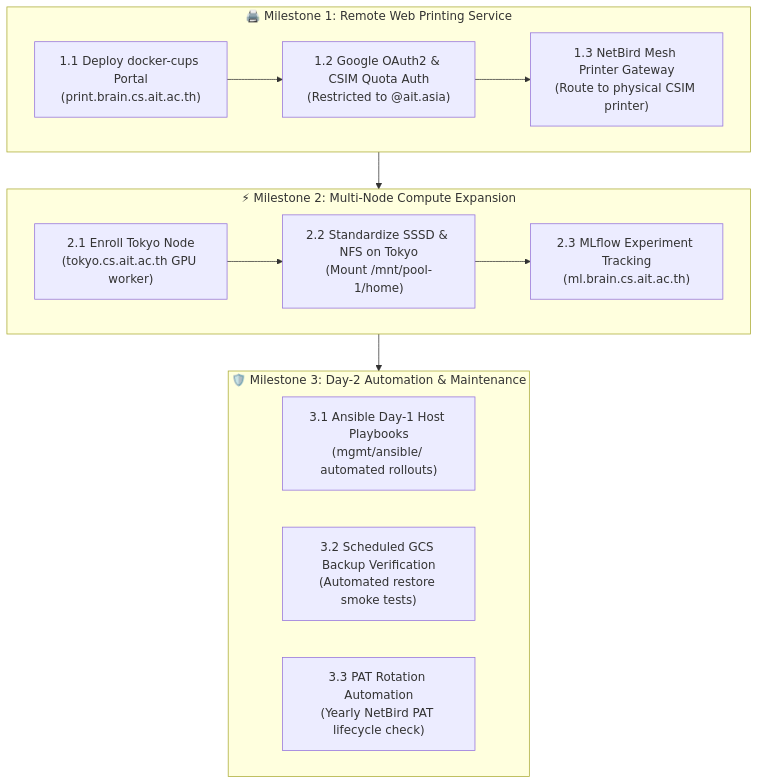
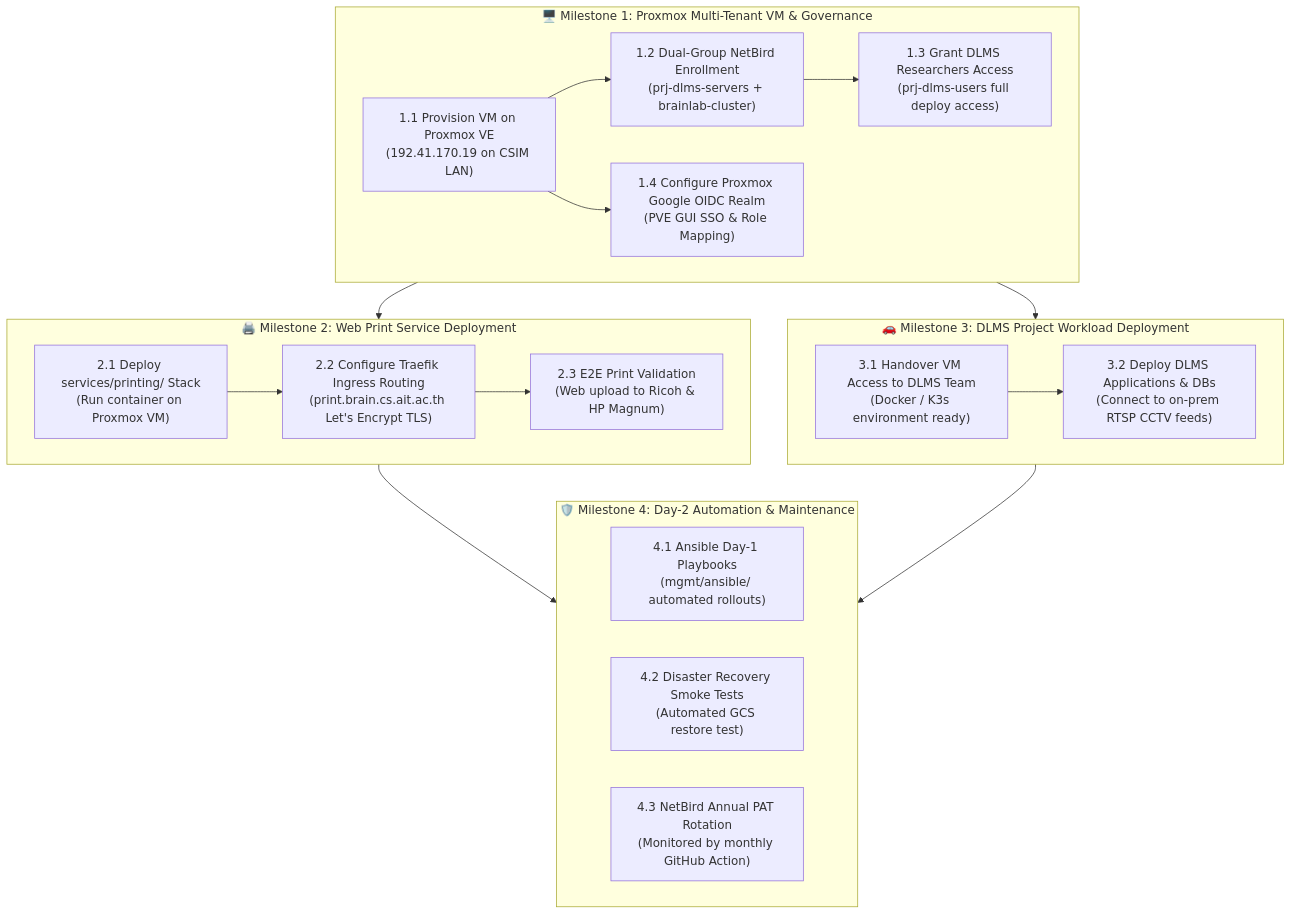
Before and after one commit to AIT-brainlab/brainlab-base: the diagram in mgmt/checklist.md, drawn with Mermaid. The commit also changed other lines of this file and 13 other files, not shown here.

Commit message:
docs(mgmt): update checklist & OAuth setup for Proxmox OIDC integration and Web Print service

````diff
--- a/mgmt/checklist.md
+++ b/mgmt/checklist.md
@@ -24,25 +27,35 @@
 ```mermaid
 flowchart TD
-    subgraph PHASE1 ["🖨️ Milestone 1: Remote Web Printing Service"]
-        P1A["1.1 Deploy docker-cups Portal<br/>(print.brain.cs.ait.ac.th)"]
-        P1B["1.2 Google OAuth2 & CSIM Quota Auth<br/>(Restricted to @ait.asia)"]
-        P1C["1.3 NetBird Mesh Printer Gateway<br/>(Route to physical CSIM printer)"]
+    subgraph PHASE1 ["🖥️ Milestone 1: Proxmox Multi-Tenant VM & Governance"]
+        P1A["1.1 Provision VM on Proxmox VE<br/>(192.41.170.19 on CSIM LAN)"]
+        P1B["1.2 Dual-Group NetBird Enrollment<br/>(prj-dlms-servers + brainlab-cluster)"]
+        P1C["1.3 Grant DLMS Researchers Access<br/>(prj-dlms-users full deploy access)"]
+        P1D["1.4 Configure Proxmox Google OIDC Realm<br/>(PVE GUI SSO & Role Mapping)"]
         P1A --> P1B --> P1C
+        P1A --> P1D
     end
 
-    subgraph PHASE2 ["⚡ Milestone 2: Multi-Node Compute Expansion"]
-        P2A["2.1 Enroll Tokyo Node<br/>(tokyo.cs.ait.ac.th GPU worker)"]
-        P2B["2.2 Standardize SSSD & NFS on Tokyo<br/>(Mount /mnt/pool-1/home)"]
-        P2C["2.3 MLflow Experiment Tracking<br/>(ml.brain.cs.ait.ac.th)"]
+    subgraph PHASE2 ["🖨️ Milestone 2: Web Print Service Deployment"]
+        P2A["2.1 Deploy services/printing/ Stack<br/>(Run container on Proxmox VM)"]
+        P2B["2.2 Configure Traefik Ingress Routing<br/>(print.brain.cs.ait.ac.th Let's Encrypt TLS)"]
+        P2C["2.3 E2E Print Validation<br/>(Web upload to Ricoh & HP Magnum)"]
         P2A --> P2B --> P2C
     end
 
-    subgraph PHASE3 ["🛡️ Milestone 3: Day-2 Automation & Maintenance"]
-        P3A["3.1 Ansible Day-1 Host Playbooks<br/>(mgmt/ansible/ automated rollouts)"]
-        P3B["3.2 Scheduled GCS Backup Verification<br/>(Automated restore smoke tests)"]
-        P3C["3.3 PAT Rotation Automation<br/>(Yearly NetBird PAT lifecycle check)"]
+    subgraph PHASE3 ["🚗 Milestone 3: DLMS Project Workload Deployment"]
+        P3A["3.1 Handover VM Access to DLMS Team<br/>(Docker / K3s environment ready)"]
+        P3B["3.2 Deploy DLMS Applications & DBs<br/>(Connect to on-prem RTSP CCTV feeds)"]
+        P3A --> P3B
+    end
+
+    subgraph PHASE4 ["🛡️ Milestone 4: Day-2 Automation & Maintenance"]
+        P4A["4.1 Ansible Day-1 Playbooks<br/>(mgmt/ansible/ automated rollouts)"]
+        P4B["4.2 Disaster Recovery Smoke Tests<br/>(Automated GCS restore test)"]
+        P4C["4.3 NetBird Annual PAT Rotation<br/>(Monitored by monthly GitHub Action)"]
     end
 
     PHASE1 --> PHASE2
-    PHASE2 --> PHASE3
+    PHASE1 --> PHASE3
+    PHASE2 --> PHASE4
+    PHASE3 --> PHASE4
 ```
````
